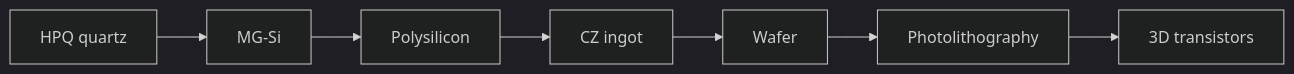
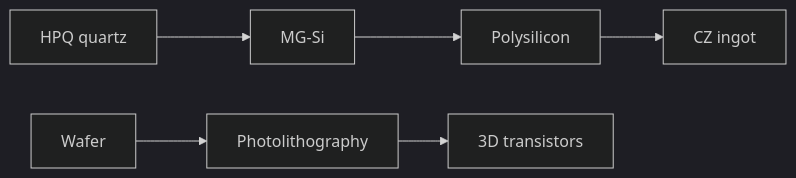
Before and after one commit to FelipeEstevanatto/chipmaking: the diagram in docs/en/index.md, drawn with Mermaid (dark theme). The commit also changed 7 other files, not shown here.

````diff
--- a/docs/en/index.md
+++ b/docs/en/index.md
@@ -48,9 +48,8 @@
 ```mermaid
 flowchart LR
   A[HPQ quartz] --> B[MG-Si]
   B --> C[Polysilicon]
   C --> D[CZ ingot]
-  D --> E[Wafer]
-  E --> F[Photolithography]
+  E[Wafer] --> F[Photolithography]
   F --> G[3D transistors]
 ```
````
